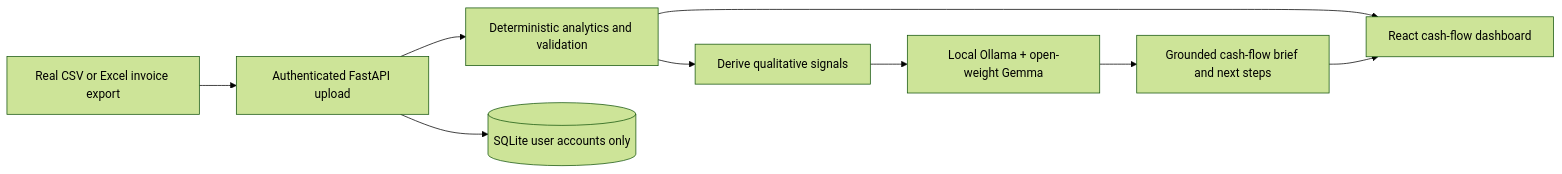
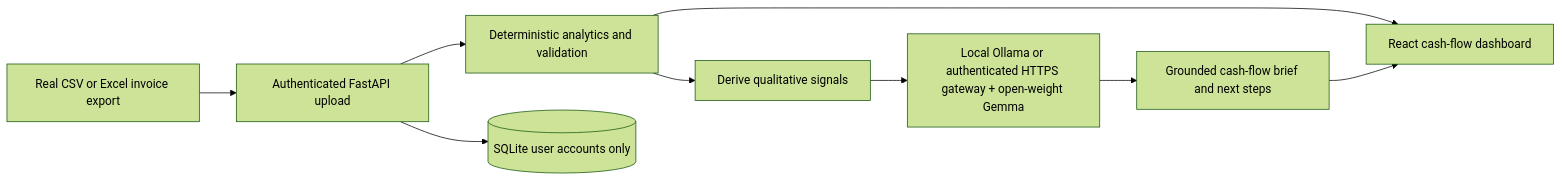
Before and after one commit to avrojitduttaj/CashFlowLens: the diagram in README.md, drawn with Mermaid (forest theme). The commit also changed other lines of this file and 5 other files, not shown here.

Commit message:
Fixing deployment flows

````diff
--- a/README.md
+++ b/README.md
@@ -11,11 +11,11 @@
 ```mermaid
 flowchart LR
     A[Real CSV or Excel invoice export] --> B[Authenticated FastAPI upload]
     B --> C[Deterministic analytics and validation]
     C --> D[React cash-flow dashboard]
     C --> E[Derive qualitative signals]
-    E --> F[Local Ollama + open-weight Gemma]
+    E --> F[Local Ollama or authenticated HTTPS gateway + open-weight Gemma]
     F --> G[Grounded cash-flow brief and next steps]
     G --> D
     B --> H[(SQLite user accounts only)]
 ```
````
